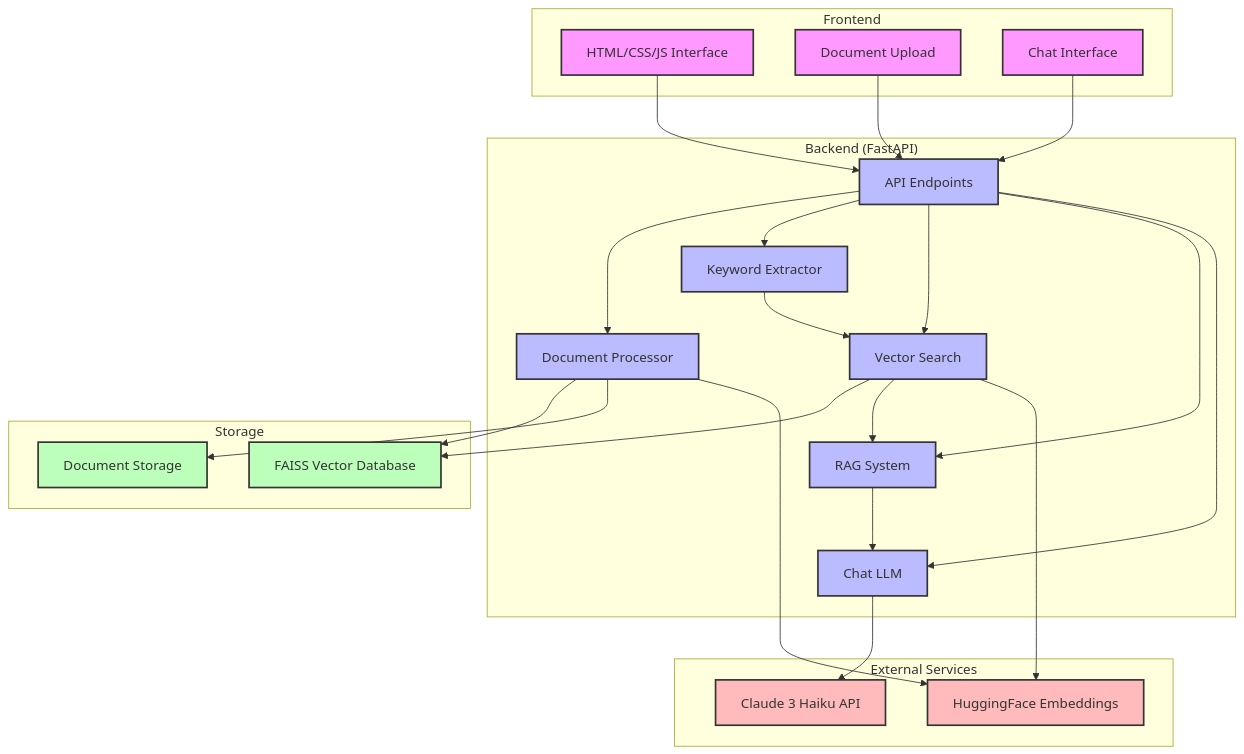
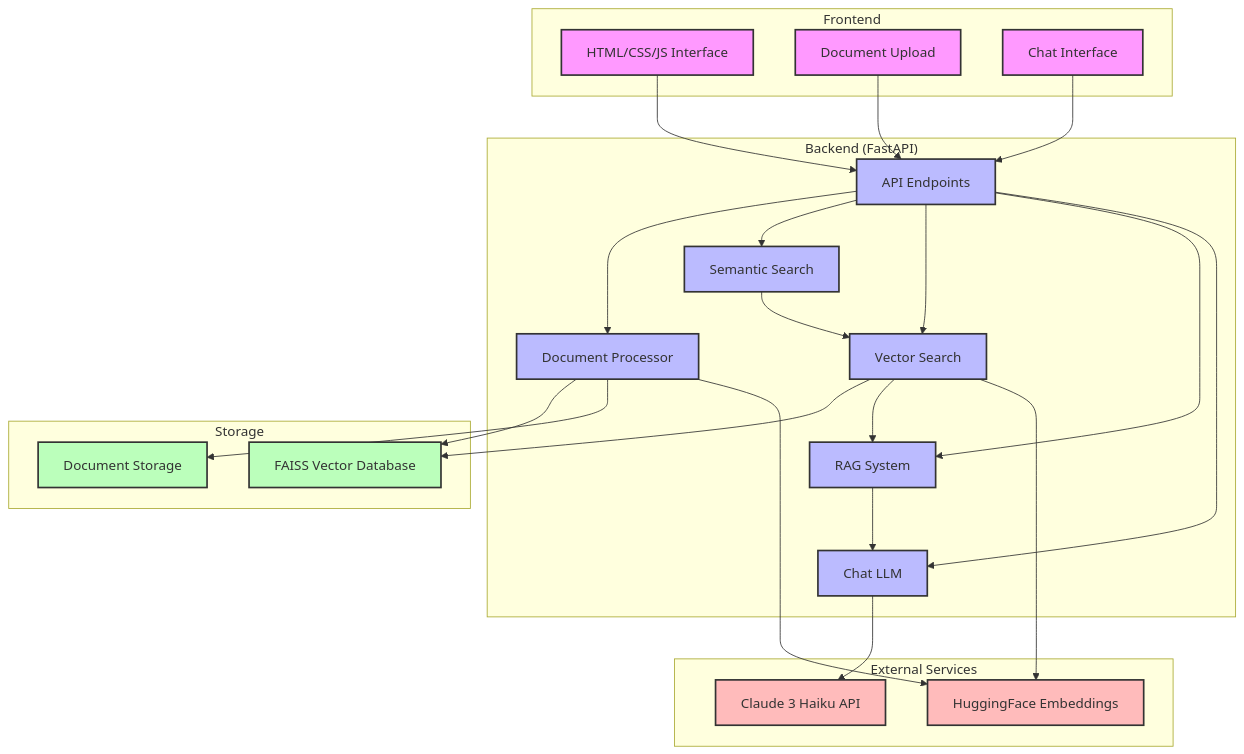
One commit to gunavj-agent/claudebot changed the first of 4 diagrams in docs/architecture.md. Above: the diagram before and after it, drawn with Mermaid. The commit also changed other lines of this file and 2 other files, not shown here.

Commit message:
Upgrade RAG system from keyword-based to semantic search. Updated architecture docs and README.

````diff
--- a/docs/architecture.md
+++ b/docs/architecture.md
@@ -5,64 +5,64 @@
 ```mermaid
 graph TD
     subgraph "Frontend"
         UI[HTML/CSS/JS Interface]
         Upload[Document Upload]
         Chat[Chat Interface]
     end
     
     subgraph "Backend (FastAPI)"
         API[API Endpoints]
         DocProc[Document Processor]
-        KeywordExtract[Keyword Extractor]
+        SemanticSearch[Semantic Search]
         VectorSearch[Vector Search]
         RAG[RAG System]
         Chat_LLM[Chat LLM]
     end
     
     subgraph "Storage"
         VectorDB[FAISS Vector Database]
         DocStorage[Document Storage]
     end
     
     subgraph "External Services"
         Claude[Claude 3 Haiku API]
         HFEmbeddings[HuggingFace Embeddings]
     end
     
     %% Frontend to Backend connections
     UI --> API
     Upload --> API
     Chat --> API
     
     %% Backend internal connections
     API --> DocProc
-    API --> KeywordExtract
+    API --> SemanticSearch
     API --> VectorSearch
     API --> RAG
     API --> Chat_LLM
     
     DocProc --> VectorDB
-    KeywordExtract --> VectorSearch
+    SemanticSearch --> VectorSearch
     VectorSearch --> VectorDB
     VectorSearch --> RAG
     RAG --> Chat_LLM
     
     %% Backend to Storage connections
     DocProc --> DocStorage
     
     %% Backend to External Services connections
     Chat_LLM --> Claude
     DocProc --> HFEmbeddings
     VectorSearch --> HFEmbeddings
     
     %% Define styles
     classDef frontend fill:#f9f,stroke:#333,stroke-width:2px;
     classDef backend fill:#bbf,stroke:#333,stroke-width:2px;
     classDef storage fill:#bfb,stroke:#333,stroke-width:2px;
     classDef external fill:#fbb,stroke:#333,stroke-width:2px;
     
     class UI,Upload,Chat frontend;
-    class API,DocProc,KeywordExtract,VectorSearch,RAG,Chat_LLM backend;
+    class API,DocProc,SemanticSearch,VectorSearch,RAG,Chat_LLM backend;
     class VectorDB,DocStorage storage;
     class Claude,HFEmbeddings external;
 ```
````
